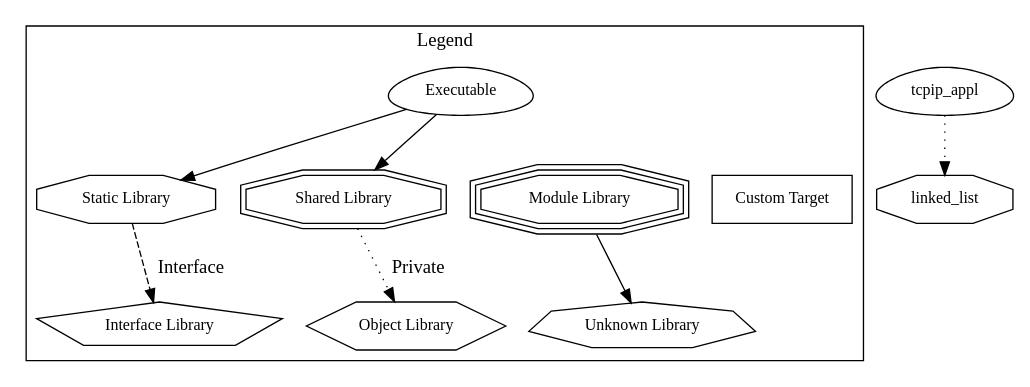
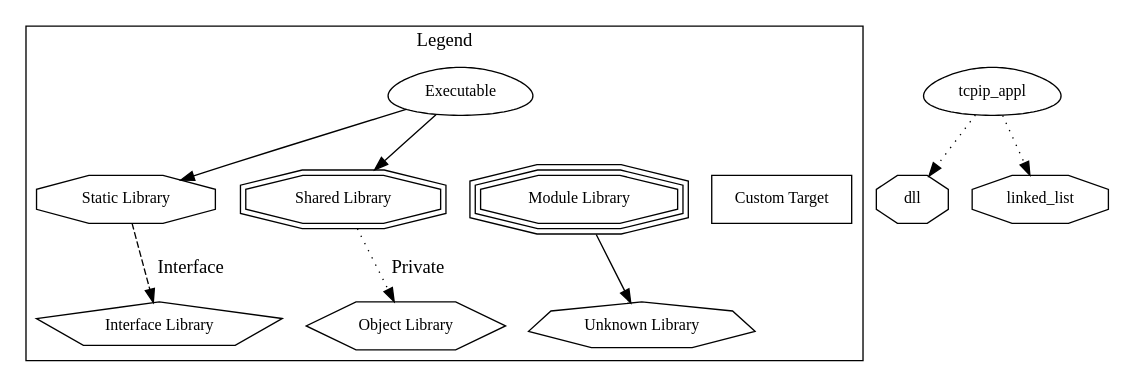
One commit to pachu-nc/tcpip-project changed the diagram in build/graph.dot. Above: the diagram before and after it, drawn with Graphviz. The commit also changed 33 other files, not shown here.

```diff
--- a/build/graph.dot
+++ b/build/graph.dot
@@ -1,28 +1,30 @@
 digraph "tcpip" {
 node [
   fontsize = "12"
 ];
 subgraph clusterLegend {
   label = "Legend";
   color = black;
   edge [ style = invis ];
   legendNode0 [ label = "Executable", shape = egg ];
   legendNode1 [ label = "Static Library", shape = octagon ];
   legendNode2 [ label = "Shared Library", shape = doubleoctagon ];
   legendNode3 [ label = "Module Library", shape = tripleoctagon ];
   legendNode4 [ label = "Interface Library", shape = pentagon ];
   legendNode5 [ label = "Object Library", shape = hexagon ];
   legendNode6 [ label = "Unknown Library", shape = septagon ];
   legendNode7 [ label = "Custom Target", shape = box ];
   legendNode0 -> legendNode1 [ style = solid ];
   legendNode0 -> legendNode2 [ style = solid ];
   legendNode0 -> legendNode3;
   legendNode1 -> legendNode4 [ label = "Interface", style = dashed ];
   legendNode2 -> legendNode5 [ label = "Private", style = dotted ];
   legendNode3 -> legendNode6 [ style = solid ];
   legendNode0 -> legendNode7;
 }
-    "node0" [ label = "linked_list", shape = octagon ];
-    "node1" [ label = "tcpip_appl", shape = egg ];
-    "node1" -> "node0" [ style = dotted ] // tcpip_appl -> linked_list
+    "node0" [ label = "dll", shape = octagon ];
+    "node1" [ label = "linked_list", shape = octagon ];
+    "node2" [ label = "tcpip_appl", shape = egg ];
+    "node2" -> "node0" [ style = dotted ] // tcpip_appl -> dll
+    "node2" -> "node1" [ style = dotted ] // tcpip_appl -> linked_list
 }
```
